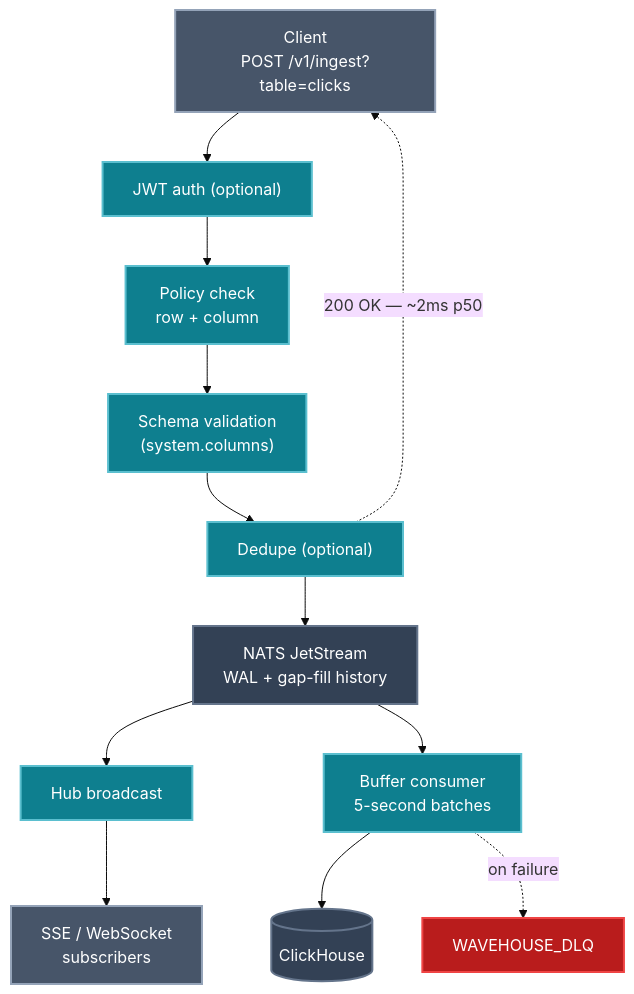
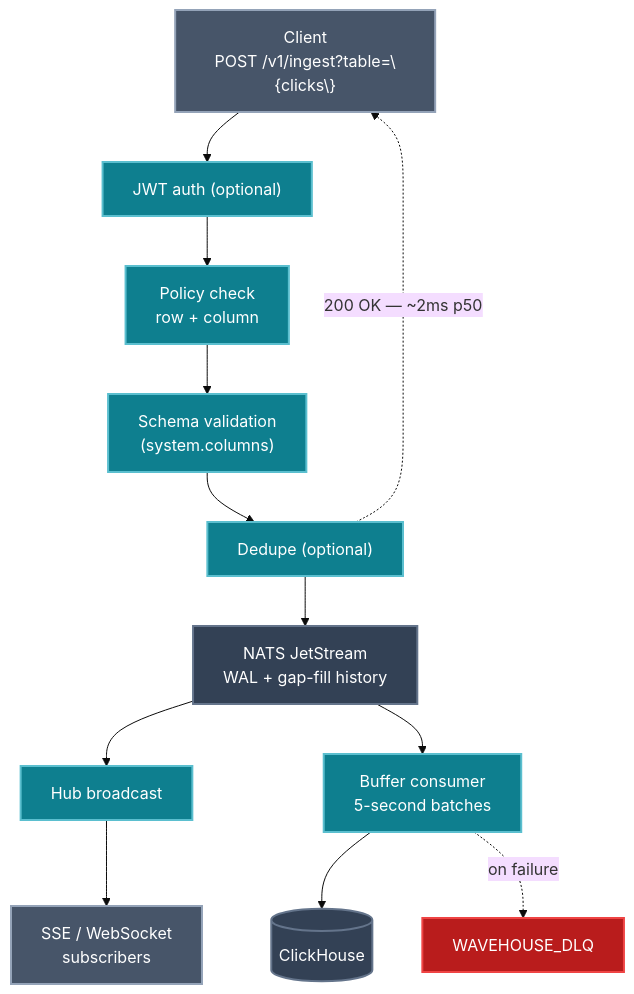
The fifth of 6 diagrams in docs/src/content/docs/why-wavehouse.md (Wave-RF/WaveHouse), drawn with Mermaid (base theme) before and after one commit. The commit also changed 53 other files, not shown here.

````diff
--- a/docs/src/content/docs/why-wavehouse.md
+++ b/docs/src/content/docs/why-wavehouse.md
@@ -220,22 +220,22 @@
 ```mermaid
 flowchart TB
     classDef client fill:#475569,stroke:#94a3b8,color:#fff,stroke-width:2px
     classDef wh fill:#0e7f8f,stroke:#5bbfcf,color:#fff,stroke-width:2px
     classDef store fill:#334155,stroke:#64748b,color:#fff,stroke-width:2px
     classDef fail fill:#b91c1c,stroke:#ef4444,color:#fff,stroke-width:2px
 
-    C["Client<br/>POST /v1/ingest?table=clicks"]:::client
+    C["Client<br/>POST /v1/ingest?table=\{clicks\}"]:::client
     C --> AUTH["JWT auth (optional)"]:::wh
     AUTH --> POL["Policy check<br/>row + column"]:::wh
     POL --> VAL["Schema validation<br/>(system.columns)"]:::wh
     VAL --> DD["Dedupe (optional)"]:::wh
     DD --> NATS["NATS JetStream<br/>WAL + gap-fill history"]:::store
     DD -. "200 OK — ~2ms p50" .-> C
 
     NATS --> HUB["Hub broadcast"]:::wh
     HUB --> RT["SSE / WebSocket<br/>subscribers"]:::client
 
     NATS --> BC["Buffer consumer<br/>5-second batches"]:::wh
     BC --> CH[("ClickHouse")]:::store
     BC -. "on failure" .-> DLQ["WAVEHOUSE_DLQ"]:::fail
 ```
````
